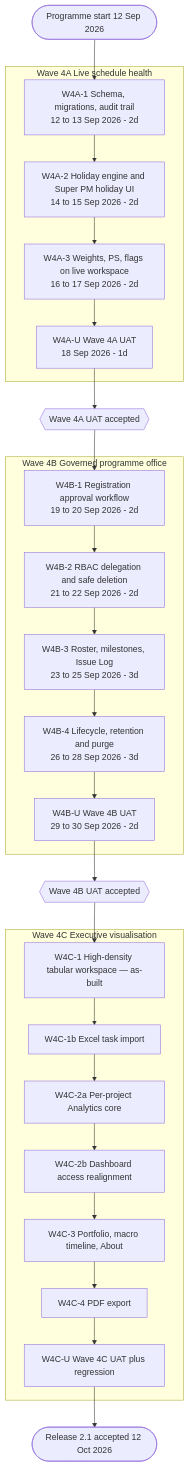
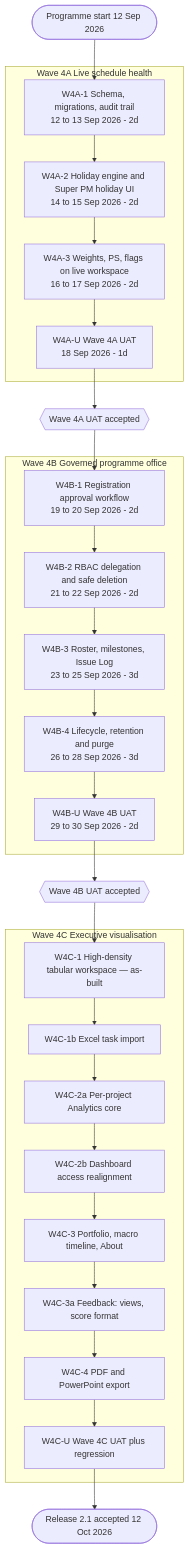
One commit to yugoananda-pg/simple-project-task-tracker-v21-cursor changed the fourth of 4 diagrams in doc/dev_plan.md. Above: the diagram before and after it, drawn with Mermaid. The commit also changed other lines of this file and 89 other files, not shown here.

````diff
--- a/doc/dev_plan.md
+++ b/doc/dev_plan.md
@@ -1098,34 +1104,35 @@
 ```mermaid
 flowchart TD
     Start([Programme start 12 Sep 2026]) --> A1
     subgraph W4A[Wave 4A Live schedule health]
         A1["W4A-1 Schema, migrations, audit trail<br/>12 to 13 Sep 2026 - 2d"]
         A2["W4A-2 Holiday engine and Super PM holiday UI<br/>14 to 15 Sep 2026 - 2d"]
         A3["W4A-3 Weights, PS, flags on live workspace<br/>16 to 17 Sep 2026 - 2d"]
         AU["W4A-U Wave 4A UAT<br/>18 Sep 2026 - 1d"]
         A1 --> A2 --> A3 --> AU
     end
     AU --> GateA{{Wave 4A UAT accepted}}
     GateA --> B1
     subgraph W4B[Wave 4B Governed programme office]
         B1["W4B-1 Registration approval workflow<br/>19 to 20 Sep 2026 - 2d"]
         B2["W4B-2 RBAC delegation and safe deletion<br/>21 to 22 Sep 2026 - 2d"]
         B3["W4B-3 Roster, milestones, Issue Log<br/>23 to 25 Sep 2026 - 3d"]
         B4["W4B-4 Lifecycle, retention and purge<br/>26 to 28 Sep 2026 - 3d"]
         BU["W4B-U Wave 4B UAT<br/>29 to 30 Sep 2026 - 2d"]
         B1 --> B2 --> B3 --> B4 --> BU
     end
     BU --> GateB{{Wave 4B UAT accepted}}
     GateB --> C1
     subgraph W4C[Wave 4C Executive visualisation]
         C1["W4C-1 High-density tabular workspace — as-built"]
         C1b["W4C-1b Excel task import"]
         C2a["W4C-2a Per-project Analytics core"]
         C2b["W4C-2b Dashboard access realignment"]
         C3["W4C-3 Portfolio, macro timeline, About"]
-        C4["W4C-4 PDF export"]
+        C3a["W4C-3a Feedback: views, score format"]
+        C4["W4C-4 PDF and PowerPoint export"]
         CU["W4C-U Wave 4C UAT plus regression"]
-        C1 --> C1b --> C2a --> C2b --> C3 --> C4 --> CU
+        C1 --> C1b --> C2a --> C2b --> C3 --> C3a --> C4 --> CU
     end
     CU --> Done([Release 2.1 accepted 12 Oct 2026])
 ```
````
